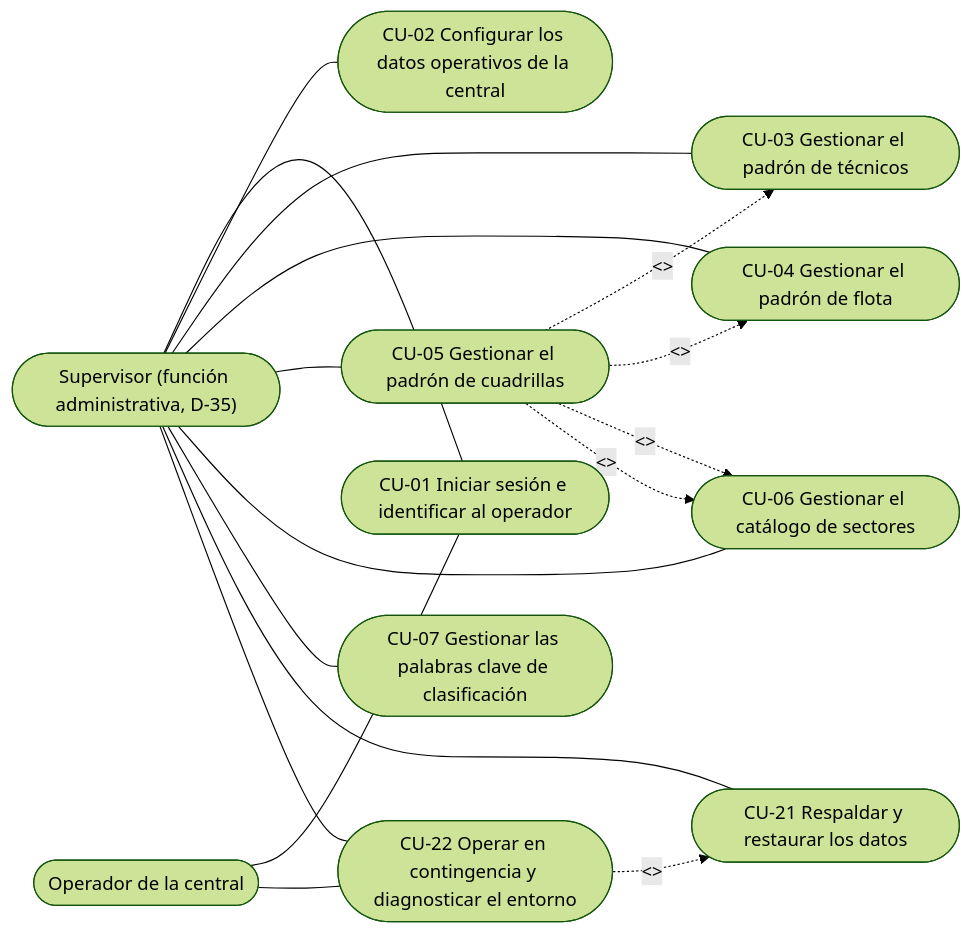
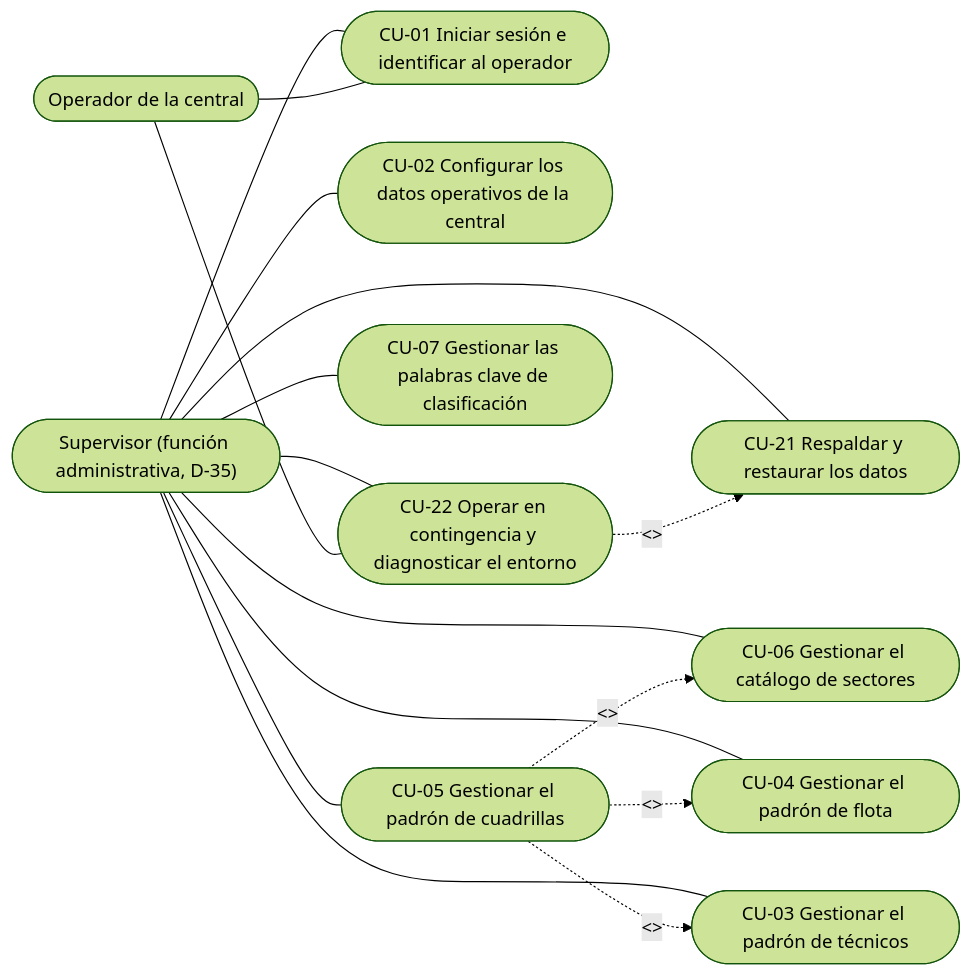
One commit to anlucorporations/GGTO changed the fourth of 8 diagrams in RepoTecnico/casos_uso/diagramas.md. Above: the diagram before and after it, drawn with Mermaid (forest theme). The commit also changed other lines of this file and 20 other files, not shown here.

````diff
--- a/RepoTecnico/casos_uso/diagramas.md
+++ b/RepoTecnico/casos_uso/diagramas.md
@@ -213,33 +219,32 @@
 ```mermaid
 flowchart LR
     SUP(["Supervisor (función administrativa, D-35)"])
     OPE(["Operador de la central"])
 
     CU01([CU-01 Iniciar sesión e identificar al operador])
     CU02([CU-02 Configurar los datos operativos de la central])
     CU03([CU-03 Gestionar el padrón de técnicos])
     CU04([CU-04 Gestionar el padrón de flota])
     CU05([CU-05 Gestionar el padrón de cuadrillas])
     CU06([CU-06 Gestionar el catálogo de sectores])
     CU07([CU-07 Gestionar las palabras clave de clasificación])
     CU21([CU-21 Respaldar y restaurar los datos])
     CU22([CU-22 Operar en contingencia y diagnosticar el entorno])
 
     SUP --- CU01
     SUP --- CU02
     SUP --- CU03
     SUP --- CU04
     SUP --- CU05
     SUP --- CU06
     SUP --- CU07
     SUP --- CU21
     SUP --- CU22
     OPE --- CU01
     OPE --- CU22
 
     CU05 -.->|"<<include>>"| CU03
     CU05 -.->|"<<include>>"| CU04
     CU05 -.->|"<<include>>"| CU06
-    CU05 -.->|"<<include>>"| CU06
     CU22 -.->|"<<include>>"| CU21
 ```
````
